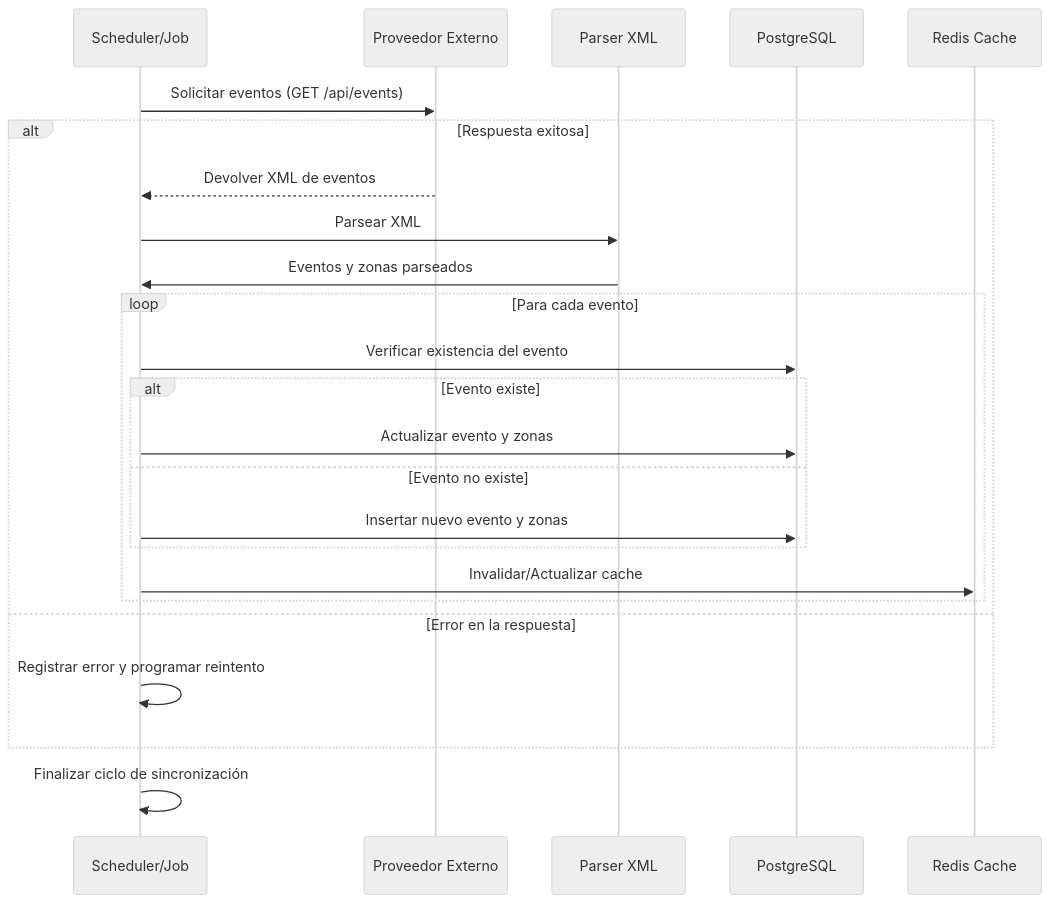
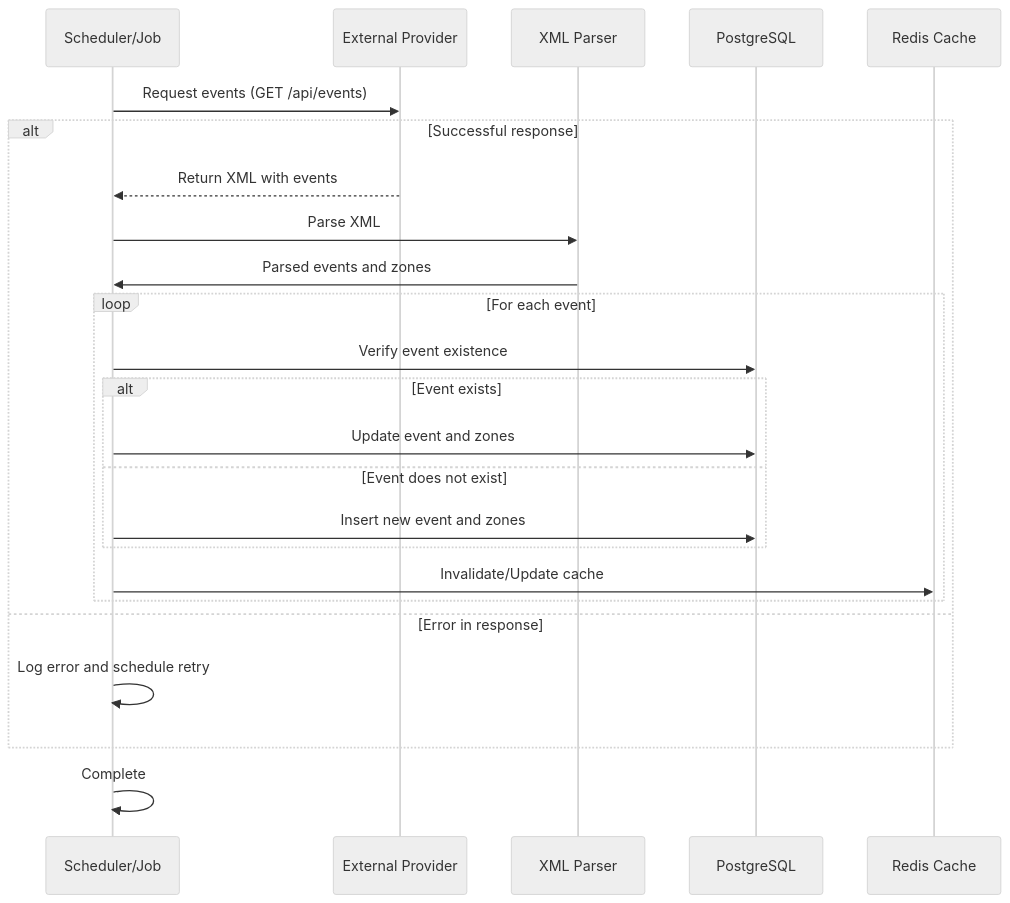
The second of 2 diagrams in README.md (alexsanchez272/events-redis-example), drawn with Mermaid (neutral theme) before and after one commit. The commit also changed other lines of this file and 1 other file, not shown here.

````diff
--- a/README.md
+++ b/README.md
@@ -196,27 +224,27 @@
 ```mermaid
 sequenceDiagram
    participant S as Scheduler/Job
-   participant P as Proveedor Externo
-   participant X as Parser XML
+   participant P as External Provider
+   participant X as XML Parser
    participant DB as PostgreSQL
    participant RC as Redis Cache
-   
-       S->>P: Solicitar eventos (GET /api/events)
-       alt Respuesta exitosa
-           P-->>S: Devolver XML de eventos
-           S->>X: Parsear XML
-           X->>S: Eventos y zonas parseados
-           loop Para cada evento
-               S->>DB: Verificar existencia del evento
-               alt Evento existe
-                   S->>DB: Actualizar evento y zonas
-               else Evento no existe
-                   S->>DB: Insertar nuevo evento y zonas
-               end
-               S->>RC: Invalidar/Actualizar cache
-           end
-       else Error en la respuesta
-           S->>S: Registrar error y programar reintento
-       end
-       S->>S: Finalizar ciclo de sincronización
+
+   S->>P: Request events (GET /api/events)
+   alt Successful response
+      P-->>S: Return XML with events
+      S->>X: Parse XML
+      X->>S: Parsed events and zones
+      loop For each event
+         S->>DB: Verify event existence
+         alt Event exists
+            S->>DB: Update event and zones
+         else Event does not exist
+            S->>DB: Insert new event and zones
+         end
+         S->>RC: Invalidate/Update cache
+      end
+   else Error in response
+      S->>S: Log error and schedule retry
+   end
+   S->>S: Complete
 ```
````
